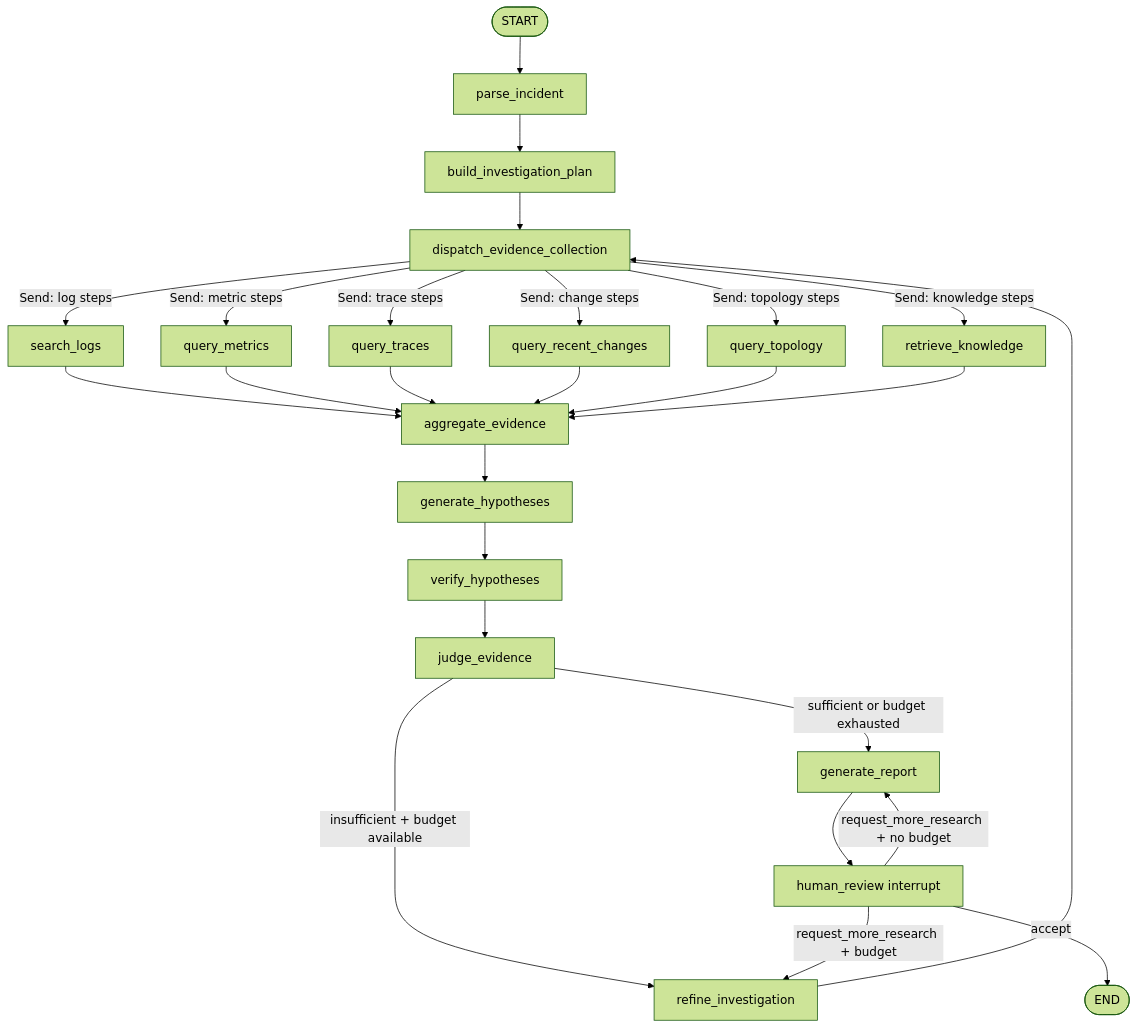
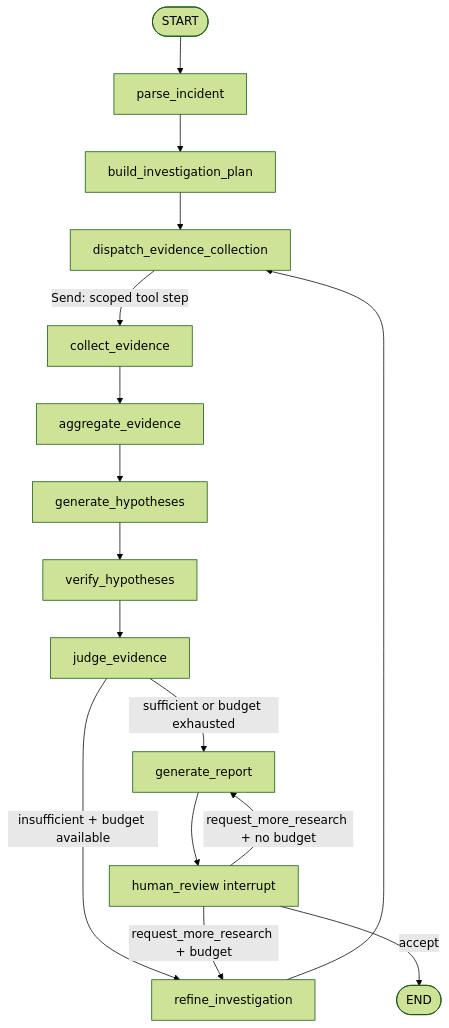
The diagram in docs/GRAPH_DESIGN.md (Solene200/incident-copilot), drawn with Mermaid (forest theme) before and after one commit. The commit also changed other lines of this file and 30 other files, not shown here.

````diff
--- a/docs/GRAPH_DESIGN.md
+++ b/docs/GRAPH_DESIGN.md
@@ -11,28 +11,18 @@
 ```mermaid
 flowchart TD
     Start([START]) --> Parse[parse_incident]
     Parse --> Plan[build_investigation_plan]
     Plan --> Dispatch[dispatch_evidence_collection]
-    Dispatch -->|"Send: log steps"| Logs[search_logs]
-    Dispatch -->|"Send: metric steps"| Metrics[query_metrics]
-    Dispatch -->|"Send: trace steps"| Traces[query_traces]
-    Dispatch -->|"Send: change steps"| Changes[query_recent_changes]
-    Dispatch -->|"Send: topology steps"| Topology[query_topology]
-    Dispatch -->|"Send: knowledge steps"| Knowledge[retrieve_knowledge]
-    Logs --> Aggregate[aggregate_evidence]
-    Metrics --> Aggregate
-    Traces --> Aggregate
-    Changes --> Aggregate
-    Topology --> Aggregate
-    Knowledge --> Aggregate
+    Dispatch -->|"Send: scoped tool step"| Collect[collect_evidence]
+    Collect --> Aggregate[aggregate_evidence]
     Aggregate --> Hypotheses[generate_hypotheses]
     Hypotheses --> Verify[verify_hypotheses]
     Verify --> Judge[judge_evidence]
     Judge -->|"insufficient + budget available"| Refine[refine_investigation]
     Refine --> Dispatch
     Judge -->|"sufficient or budget exhausted"| Report[generate_report]
     Report --> Review[human_review interrupt]
     Review -->|accept| End([END])
     Review -->|request_more_research + budget| Refine
     Review -->|request_more_research + no budget| Report
 ```
````
